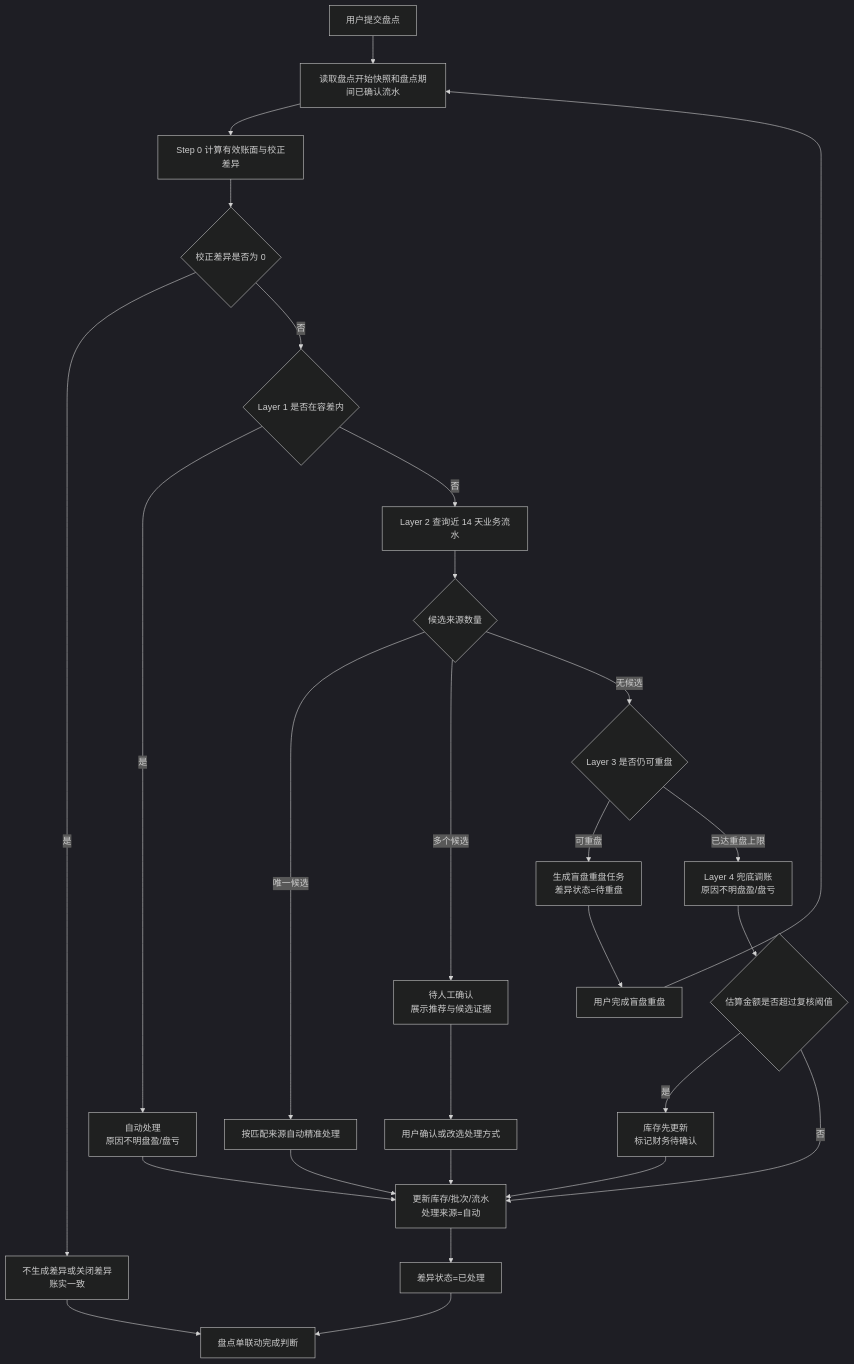
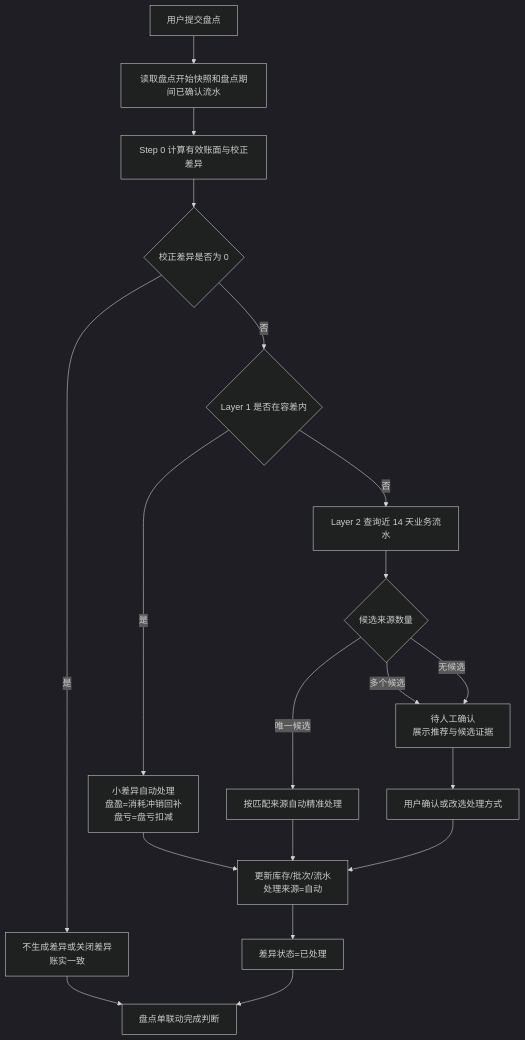
Before and after one commit to 91Dhua/Vaccine: the first of 2 diagrams in prds/inventory/02-盘点差异自动处理规则.md, drawn with Mermaid (dark theme). The commit also changed other lines of this file and 3 other files, not shown here.

````diff
--- a/prds/inventory/02-盘点差异自动处理规则.md
+++ b/prds/inventory/02-盘点差异自动处理规则.md
@@ -67,29 +59,21 @@
 ```mermaid
 flowchart TD
   A[用户提交盘点] --> B[读取盘点开始快照和盘点期间已确认流水]
   B --> C[Step 0 计算有效账面与校正差异]
   C --> D{校正差异是否为 0}
   D -->|是| E[不生成差异或关闭差异<br/>账实一致]
   D -->|否| F{Layer 1 是否在容差内}
-  F -->|是| G[自动处理<br/>原因不明盘盈/盘亏]
+  F -->|是| G[小差异自动处理<br/>盘盈=消耗冲销回补<br/>盘亏=盘亏扣减]
   F -->|否| H[Layer 2 查询近 14 天业务流水]
   H --> I{候选来源数量}
   I -->|唯一候选| J[按匹配来源自动精准处理]
   I -->|多个候选| K[待人工确认<br/>展示推荐与候选证据]
-  I -->|无候选| L{Layer 3 是否仍可重盘}
-  L -->|可重盘| M[生成盲盘重盘任务<br/>差异状态=待重盘]
-  L -->|已达重盘上限| N[Layer 4 兜底调账<br/>原因不明盘盈/盘亏]
-  M --> O[用户完成盲盘重盘]
-  O --> B
+  I -->|无候选| K
   G --> P[更新库存/批次/流水<br/>处理来源=自动]
   J --> P
-  N --> Q{估算金额是否超过复核阈值}
-  Q -->|是| R[库存先更新<br/>标记财务待确认]
-  Q -->|否| P
-  R --> P
   P --> S[差异状态=已处理]
   E --> T[盘点单联动完成判断]
   S --> T
   K --> U[用户确认或改选处理方式]
   U --> P
 ```
````
